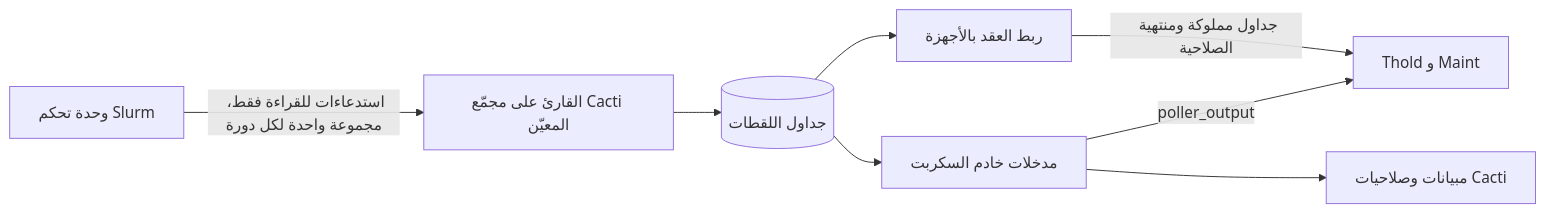
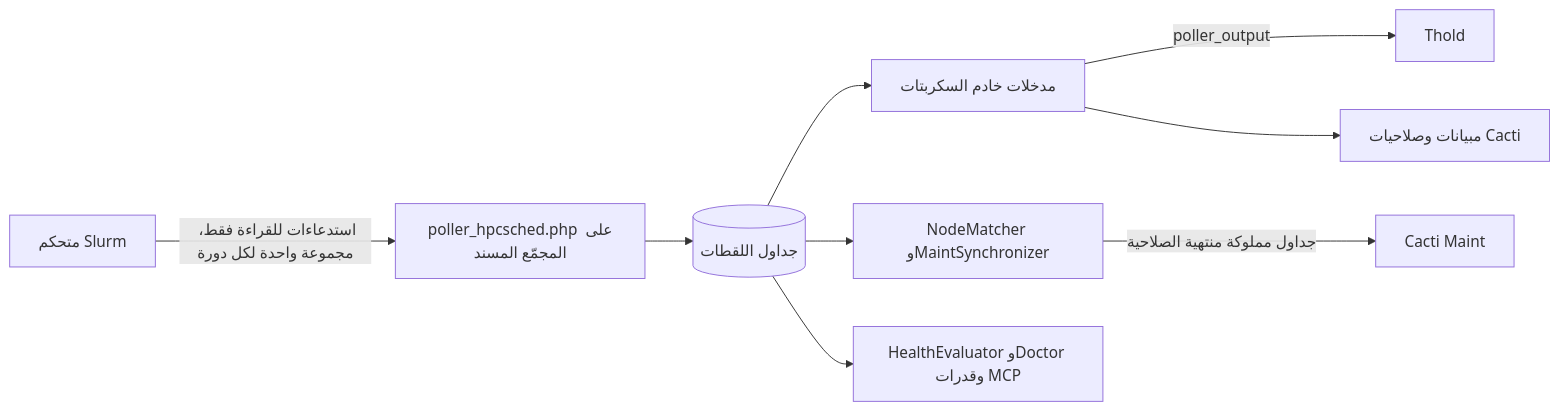
The diagram in docs/i18n/ar-MA/README.md (somethingwithproof/plugin_hpcsched), drawn with Mermaid before and after one commit. The commit also changed other lines of this file and 48 other files, not shown here.

````diff
--- a/docs/i18n/ar-MA/README.md
+++ b/docs/i18n/ar-MA/README.md
@@ -109,10 +163,11 @@
 ```mermaid
 flowchart LR
-    S[وحدة تحكم Slurm] -->|استدعاءات للقراءة فقط، مجموعة واحدة لكل دورة| R[القارئ على مجمّع Cacti المعيّن]
+    S[متحكم Slurm] -->|استدعاءات للقراءة فقط، مجموعة واحدة لكل دورة| R[poller_hpcsched.php على المجمّع المسند]
     R --> SNAP[(جداول اللقطات)]
-    SNAP --> SS[مدخلات خادم السكربت]
-    SS -->|poller_output| T[Thold و Maint]
+    SNAP --> SS[مدخلات خادم السكربتات]
+    SS -->|poller_output| T[Thold]
     SS --> G[مبيانات وصلاحيات Cacti]
-    SNAP --> MAP[ربط العقد بالأجهزة]
-    MAP -->|جداول مملوكة ومنتهية الصلاحية| T
+    SNAP --> MAP[NodeMatcher وMaintSynchronizer]
+    MAP -->|جداول مملوكة منتهية الصلاحية| M[Cacti Maint]
+    SNAP --> H[HealthEvaluator وDoctor وقدرات MCP]
 ```
````
